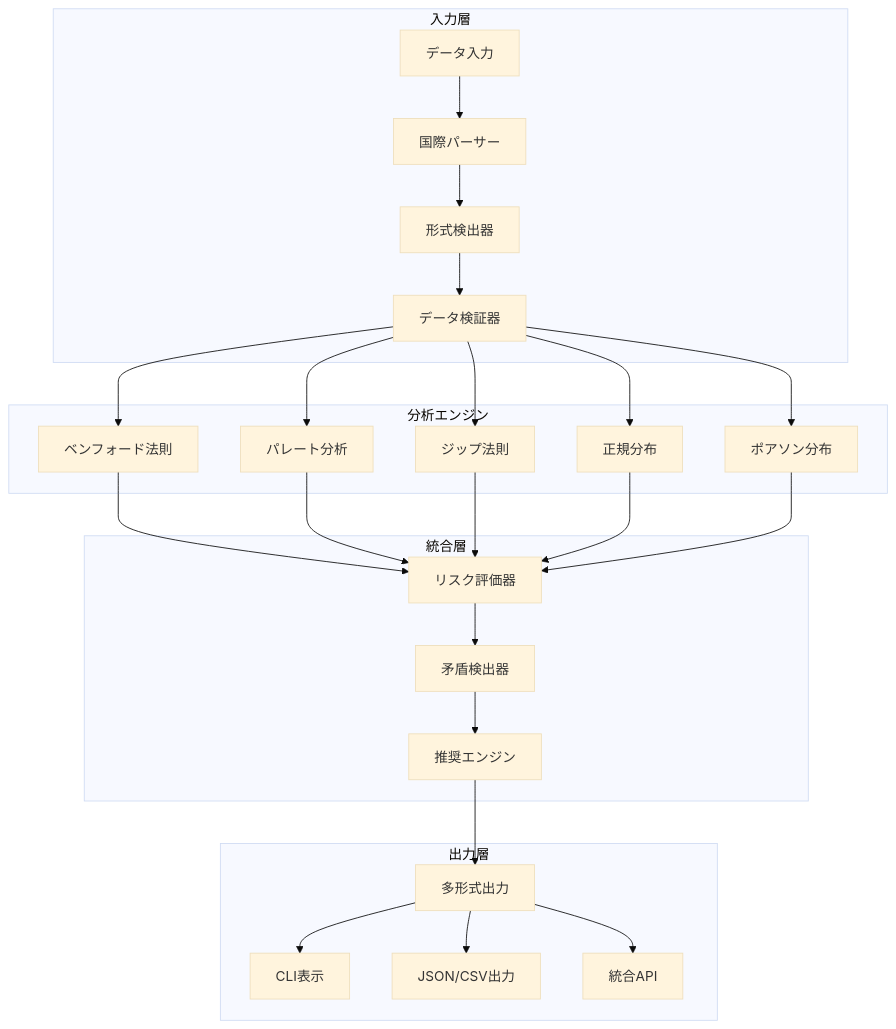
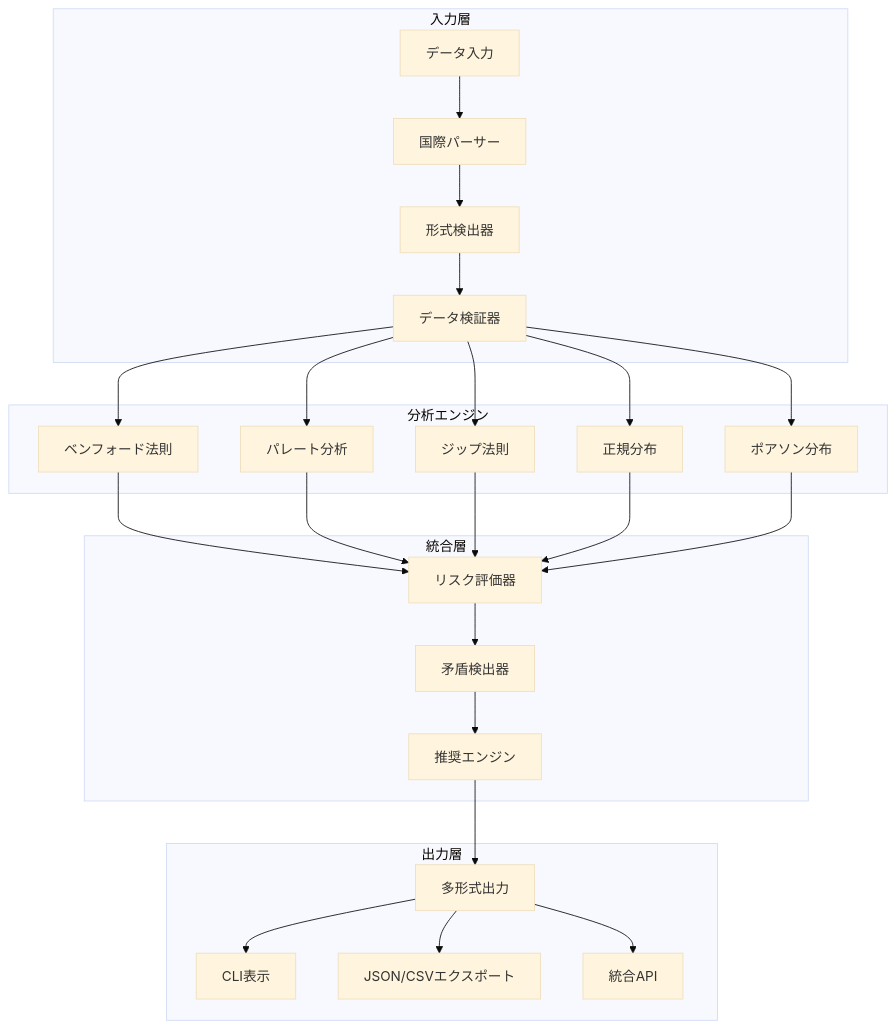
One commit to kako-jun/lawkit changed the diagram in docs/guides/architecture_ja.md. Above: the diagram before and after it, drawn with Mermaid (base theme). The commit also changed other lines of this file and 39 other files, not shown here.

First line of the commit message:
update: Matrix 1 translation progress - completed architecture files

````diff
--- a/docs/guides/architecture_ja.md
+++ b/docs/guides/architecture_ja.md
@@ -13,33 +13,33 @@
 ```mermaid
 graph TB
     subgraph "入力層"
         A[データ入力] --> B[国際パーサー]
         B --> C[形式検出器]
         C --> D[データ検証器]
     end
     
     subgraph "分析エンジン"
         D --> E[ベンフォード法則]
         D --> F[パレート分析]
         D --> G[ジップ法則]
         D --> H[正規分布]
         D --> I[ポアソン分布]
     end
     
     subgraph "統合層"
         E --> J[リスク評価器]
         F --> J
         G --> J
         H --> J
         I --> J
         J --> K[矛盾検出器]
         K --> L[推奨エンジン]
     end
     
     subgraph "出力層"
         L --> M[多形式出力]
         M --> N[CLI表示]
-        M --> O[JSON/CSV出力]
+        M --> O[JSON/CSVエクスポート]
         M --> P[統合API]
     end
 ```
````
